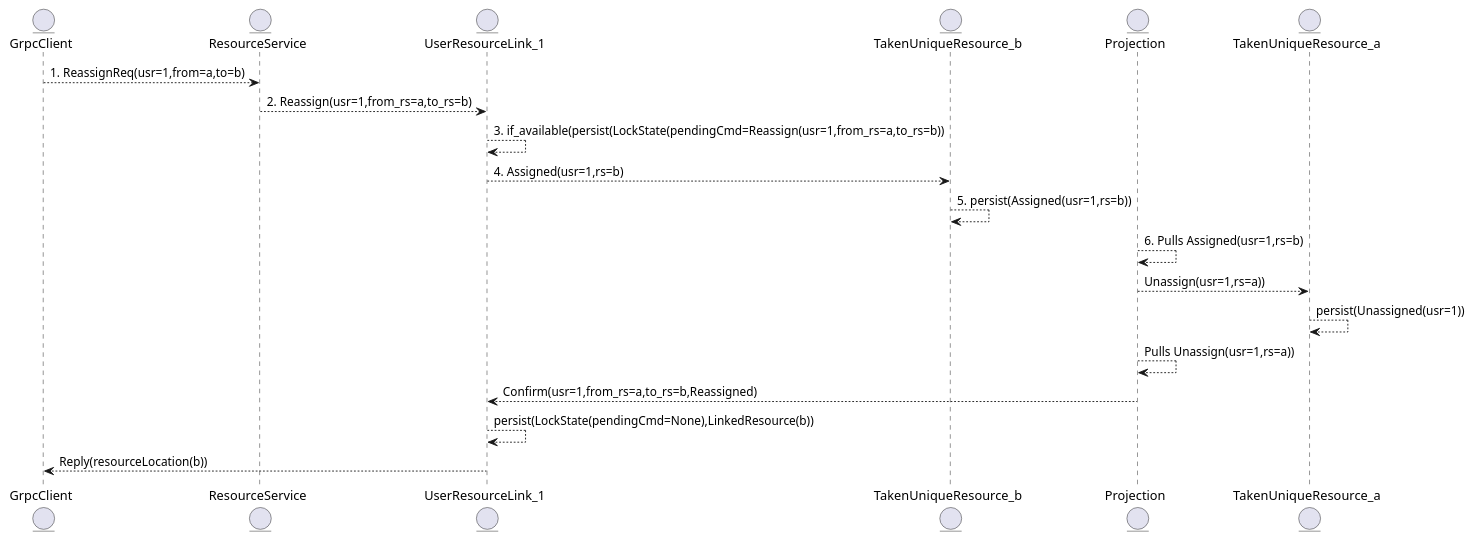
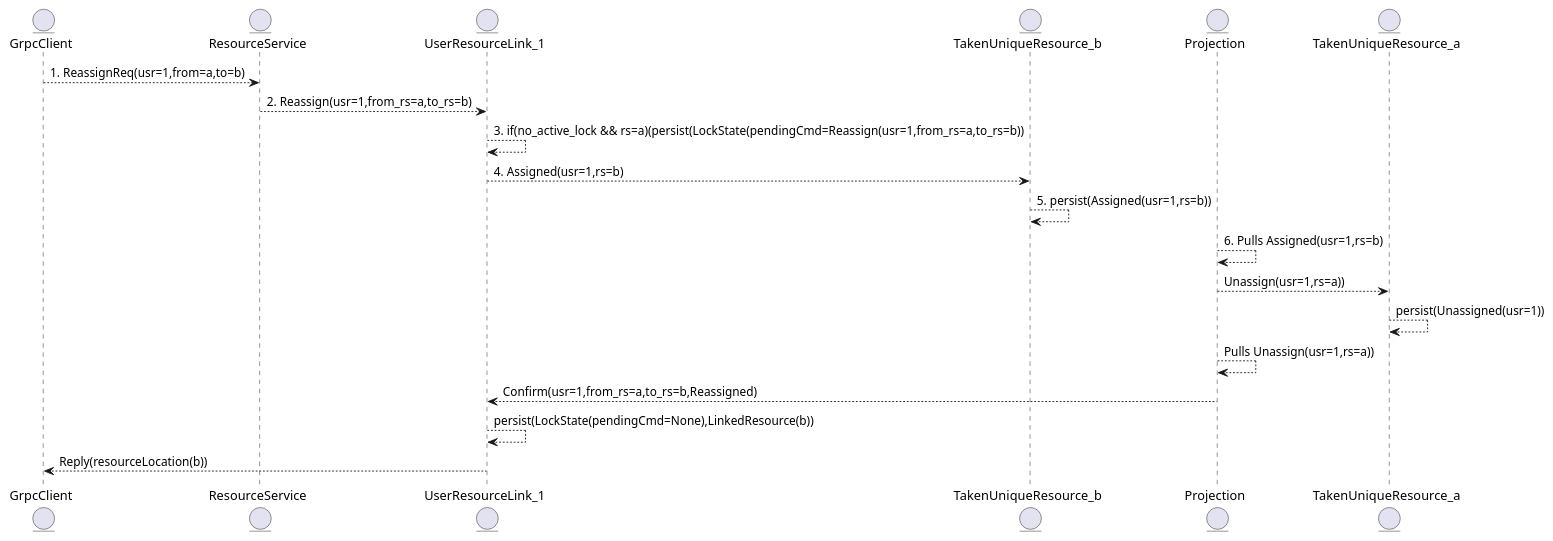
One commit to haghard/unique-resource-management changed the third of 3 diagrams in diagrams.md. Above: the diagram before and after it, drawn with PlantUML. The commit also changed other lines of this file and 1 other file, not shown here.

````diff
--- a/diagrams.md
+++ b/diagrams.md
@@ -38,33 +76,33 @@
 ```plantuml
 @startuml
 
 entity GrpcClient
 
 entity ResourceService
 
 entity UserResourceLink_1
 
 entity TakenUniqueResource_b
 
 entity Projection
 
 entity TakenUniqueResource_a
 
 
 GrpcClient --> ResourceService:1. ReassignReq(usr=1,from=a,to=b)
 ResourceService --> UserResourceLink_1:2. Reassign(usr=1,from_rs=a,to_rs=b)
-UserResourceLink_1 --> UserResourceLink_1:3. if_available(persist(LockState(pendingCmd=Reassign(usr=1,from_rs=a,to_rs=b))
+UserResourceLink_1 --> UserResourceLink_1:3. if(no_active_lock && rs=a)(persist(LockState(pendingCmd=Reassign(usr=1,from_rs=a,to_rs=b))
 UserResourceLink_1 --> TakenUniqueResource_b:4. Assigned(usr=1,rs=b)
 TakenUniqueResource_b --> TakenUniqueResource_b:5. persist(Assigned(usr=1,rs=b))
 
 Projection --> Projection:6. Pulls Assigned(usr=1,rs=b)  
 Projection --> TakenUniqueResource_a:  Unassign(usr=1,rs=a))
 TakenUniqueResource_a --> TakenUniqueResource_a : persist(Unassigned(usr=1))
 
 Projection --> Projection: Pulls Unassign(usr=1,rs=a))
 Projection --> UserResourceLink_1: Confirm(usr=1,from_rs=a,to_rs=b,Reassigned) 
 UserResourceLink_1 --> UserResourceLink_1: persist(LockState(pendingCmd=None),LinkedResource(b))
 UserResourceLink_1 --> GrpcClient : Reply(resourceLocation(b))
 
 @enduml
 ```
````
